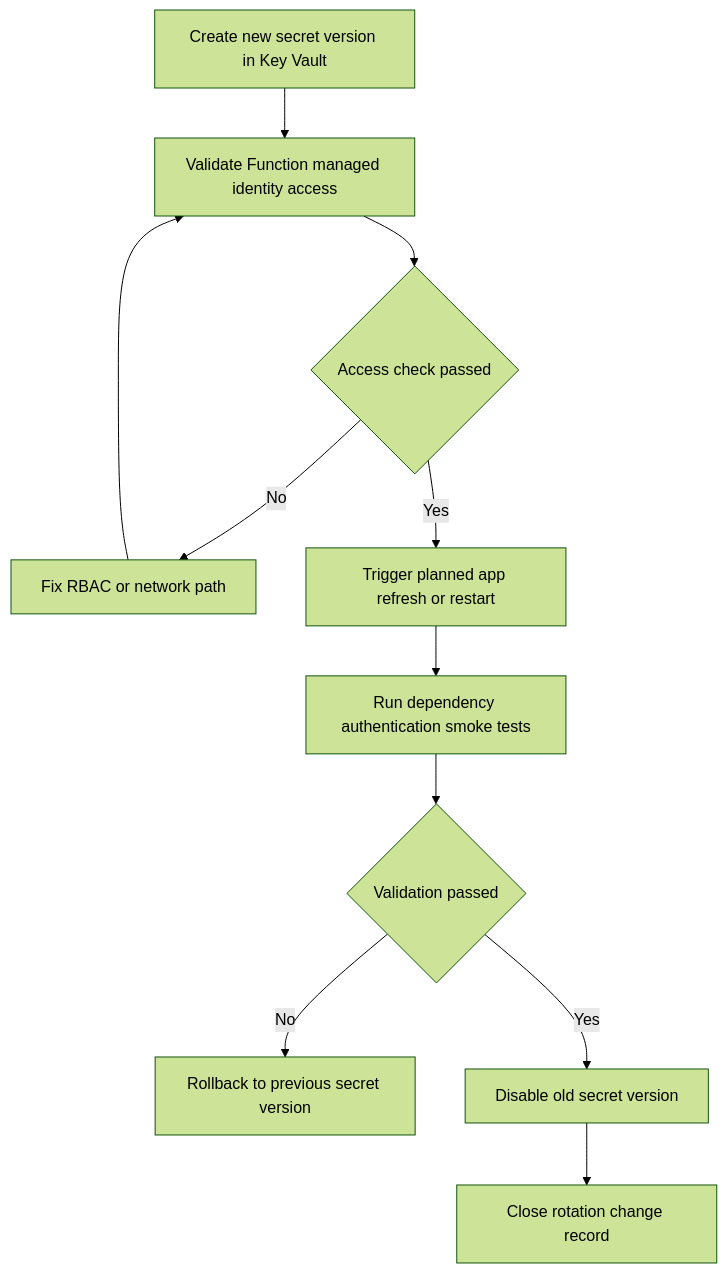
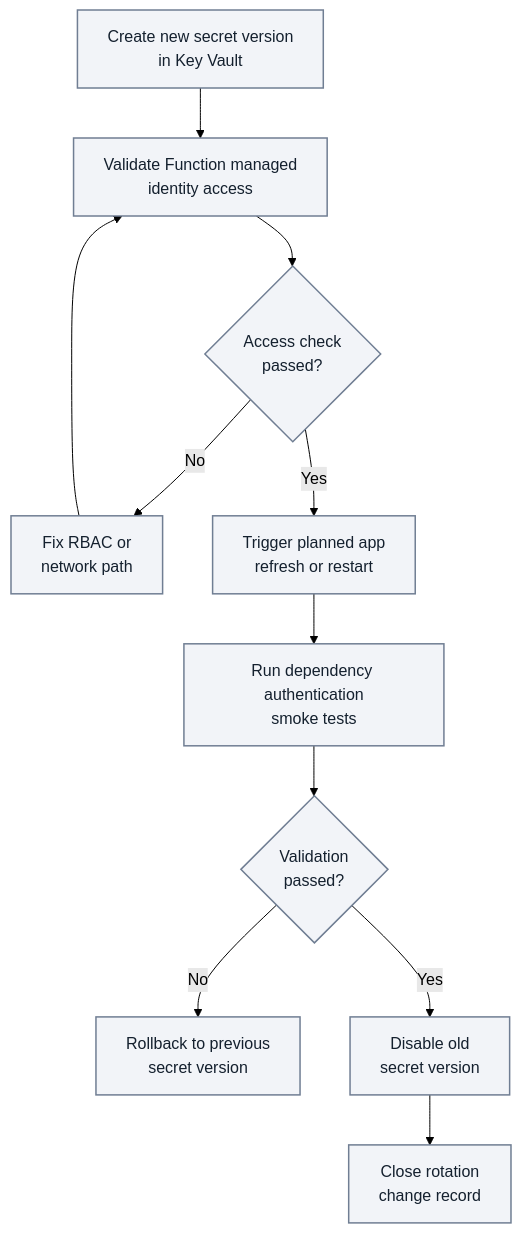
The first of 2 diagrams in docs/best-practices/security.md (yeongseon/azure-functions-practical-guide), drawn with Mermaid (forest theme) before and after one commit. The commit also changed other lines of this file and 3 other files, not shown here.

First line of the commit message:
docs(diagrams): migrate Functions security — security and security and related pages (#421)

````diff
--- a/docs/best-practices/security.md
+++ b/docs/best-practices/security.md
@@ -317,13 +318,17 @@
 ```mermaid
 flowchart TD
-    A[Create new secret version in Key Vault] --> B[Validate Function managed identity access]
-    B --> C{Access check passed}
-    C -->|No| R1[Fix RBAC or network path]
+    accTitle: Secret rotation checks and rollback
+    accDescr: Illustrative rotation procedure. Retry identity access after correcting RBAC or networking; refresh the app and smoke-test dependencies before disabling the old secret. Failed validation leads to rollback.
+    A["Create new secret version<br/>in Key Vault"] --> B["Validate Function managed<br/>identity access"]
+    B --> C{"Access check<br/>passed?"}
+    C -->|No| R1["Fix RBAC or<br/>network path"]
     R1 --> B
-    C -->|Yes| D[Trigger planned app refresh or restart]
-    D --> E[Run dependency authentication smoke tests]
-    E --> F{Validation passed}
-    F -->|No| G[Rollback to previous secret version]
-    F -->|Yes| H[Disable old secret version]
-    H --> I[Close rotation change record]
+    C -->|Yes| D["Trigger planned app<br/>refresh or restart"]
+    D --> E["Run dependency authentication<br/>smoke tests"]
+    E --> F{"Validation<br/>passed?"}
+    F -->|No| G["Rollback to previous<br/>secret version"]
+    F -->|Yes| H["Disable old<br/>secret version"]
+    H --> I["Close rotation<br/>change record"]
+    classDef baseNeutral fill:#f2f4f8,stroke:#707e93,stroke-width:1.5px,color:#14202e;
+    class A,B,C,R1,D,E,F,G,H,I baseNeutral;
 ```
````
